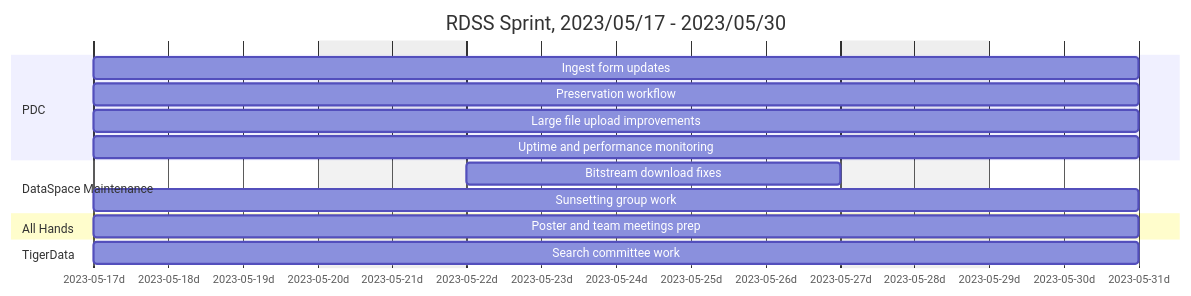
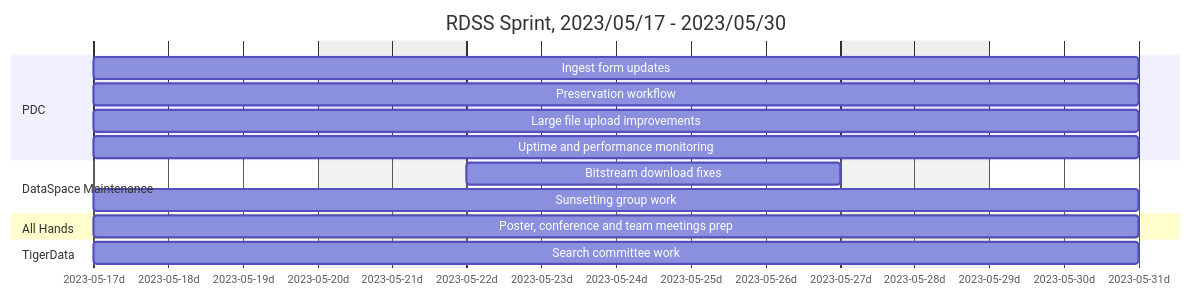
Before and after one commit to pulibrary/rdss-handbook: the fourth of 24 diagrams in roadmap.md, drawn with Mermaid. The commit also changed other lines of this file, not shown here.

````diff
--- a/roadmap.md
+++ b/roadmap.md
@@ -52,19 +79,19 @@
 ```mermaid
 gantt
     title RDSS Sprint, 2023/05/17 - 2023/05/30
     axisFormat  %Y-%m-%dd
     dateformat YYYY-MM-DD
     excludes    weekends
     section PDC
     Ingest form updates: pdc1, 2023-05-17, 10d
     Preservation workflow: pdc2, 2023-05-17, 10d
     Large file upload improvements: pdc3, 2023-05-17, 10d
     Uptime and performance monitoring: pdc4, 2023-05-17, 10d
     section DataSpace Maintenance
     Bitstream download fixes: dsp1, 2023-05-22, 5d
     Sunsetting group work: dsp1, 2023-05-17, 10d
     section All Hands
-    Poster and team meetings prep: ah1, 2023-05-17, 10d
+    Poster, conference and team meetings prep: ah1, 2023-05-17, 10d
     section TigerData
     Search committee work: td1, 2023-05-17, 10d
 ```
````
